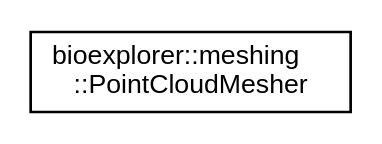
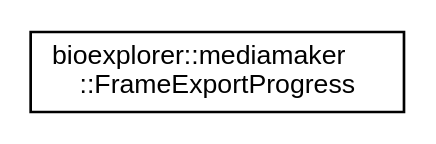
One commit to BlueBrain/BioExplorer changed the diagram in docs/inherit_graph_80.dot. Above: the diagram before and after it, drawn with Graphviz. The commit also changed 1194 other files, not shown here.

```diff
--- a/docs/inherit_graph_80.dot
+++ b/docs/inherit_graph_80.dot
@@ -1,8 +1,8 @@
 digraph "Graphical Class Hierarchy"
 {
  // LATEX_PDF_SIZE
   edge [fontname="Helvetica",fontsize="10",labelfontname="Helvetica",labelfontsize="10"];
   node [fontname="Helvetica",fontsize="10",shape=record];
   rankdir="LR";
-  Node0 [label="bioexplorer::meshing\l::PointCloudMesher",height=0.2,width=0.4,color="black", fillcolor="white", style="filled",URL="$d2/d99/classbioexplorer_1_1meshing_1_1PointCloudMesher.html",tooltip=" "];
+  Node0 [label="bioexplorer::mediamaker\l::FrameExportProgress",height=0.2,width=0.4,color="black", fillcolor="white", style="filled",URL="$dd/d6e/structbioexplorer_1_1mediamaker_1_1FrameExportProgress.html",tooltip=" "];
 }
```
